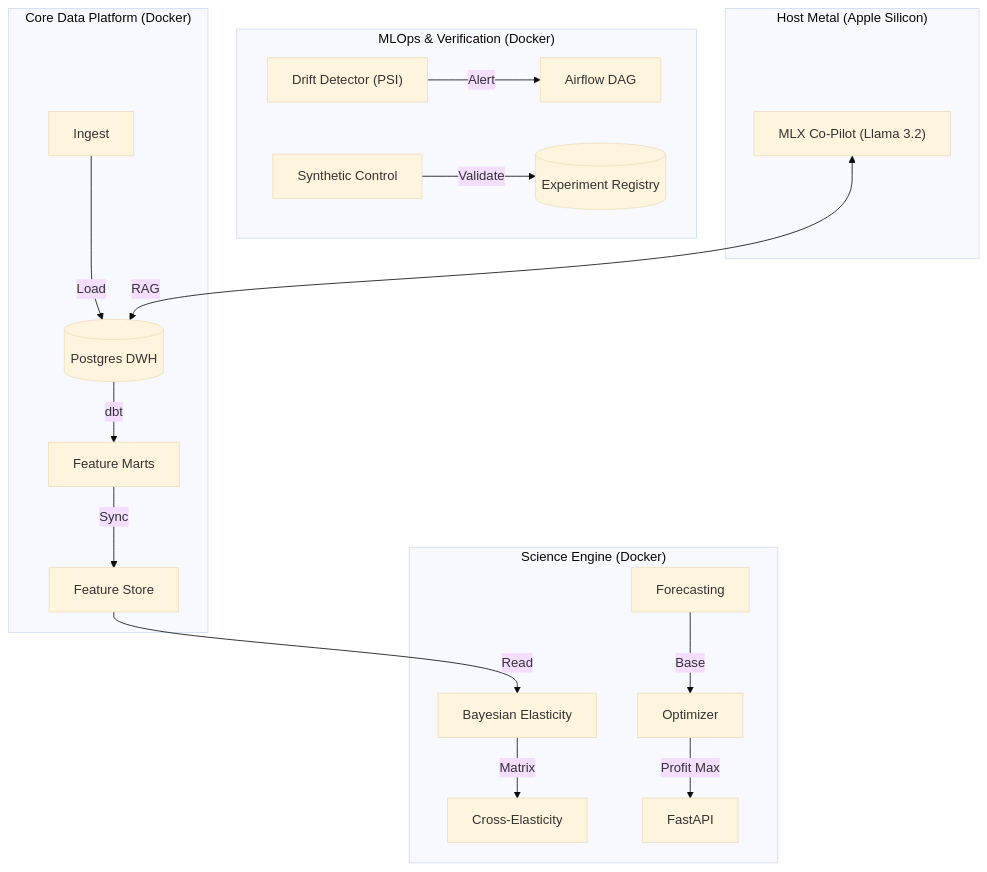
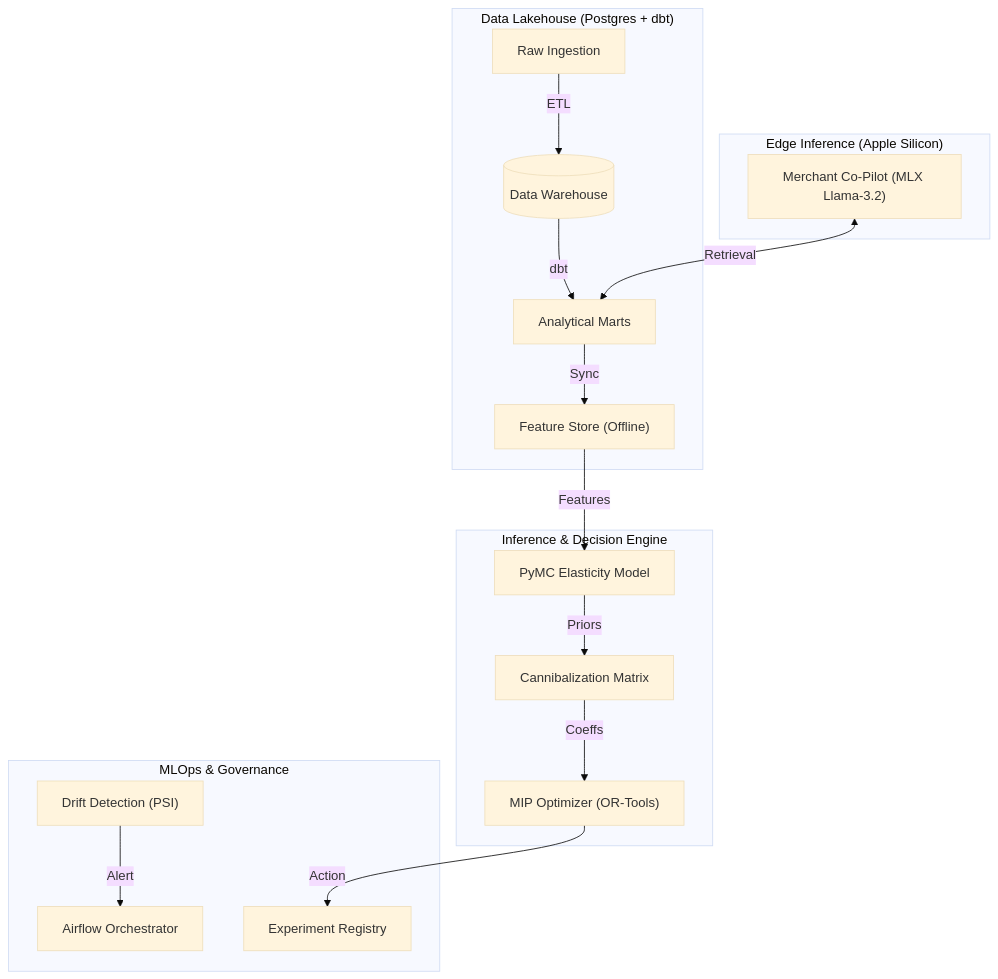
The diagram in README.md (kaushikkumarkr/PiRo), drawn with Mermaid (base theme) before and after one commit. The commit also changed other lines of this file, not shown here.

````diff
--- a/README.md
+++ b/README.md
@@ -38,24 +55,23 @@
 ```mermaid
 graph TD
-    subgraph "Core Data Platform (Docker)"
-        I["Ingest"] -->|Load| DB[("Postgres DWH")]
-        DB -->|dbt| M["Feature Marts"]
-        M -->|Sync| FS["Feature Store"]
+    subgraph "Data Lakehouse (Postgres + dbt)"
+        RAW["Raw Ingestion"] -->|ETL| DWH[("Data Warehouse")]
+        DWH -->|dbt| MART["Analytical Marts"]
+        MART -->|Sync| FS["Feature Store (Offline)"]
     end
 
-    subgraph "Science Engine (Docker)"
-        FS -->|Read| E["Bayesian Elasticity"]
-        E -->|Matrix| CE["Cross-Elasticity"]
-        F["Forecasting"] -->|Base| S["Optimizer"]
-        S -->|Profit Max| API["FastAPI"]
+    subgraph "Inference & Decision Engine"
+        FS -->|Features| BAYES["PyMC Elasticity Model"]
+        BAYES -->|Priors| CROSS["Cannibalization Matrix"]
+        CROSS -->|Coeffs| OPT["MIP Optimizer (OR-Tools)"]
     end
 
-    subgraph "MLOps & Verification (Docker)"
-        D["Drift Detector (PSI)"] -->|Alert| AIR["Airflow DAG"]
-        SYN["Synthetic Control"] -->|Validate| EXP[("Experiment Registry")]
+    subgraph "MLOps & Governance"
+        DRIFT["Drift Detection (PSI)"] -->|Alert| DAG["Airflow Orchestrator"]
+        OPT -->|Action| EXP["Experiment Registry"]
     end
 
-    subgraph "Host Metal (Apple Silicon)"
-        LLM["MLX Co-Pilot (Llama 3.2)"] <-->|RAG| DB
+    subgraph "Edge Inference (Apple Silicon)"
+        LLM["Merchant Co-Pilot (MLX Llama-3.2)"] <-->|Retrieval| MART
     end
 ```
````
